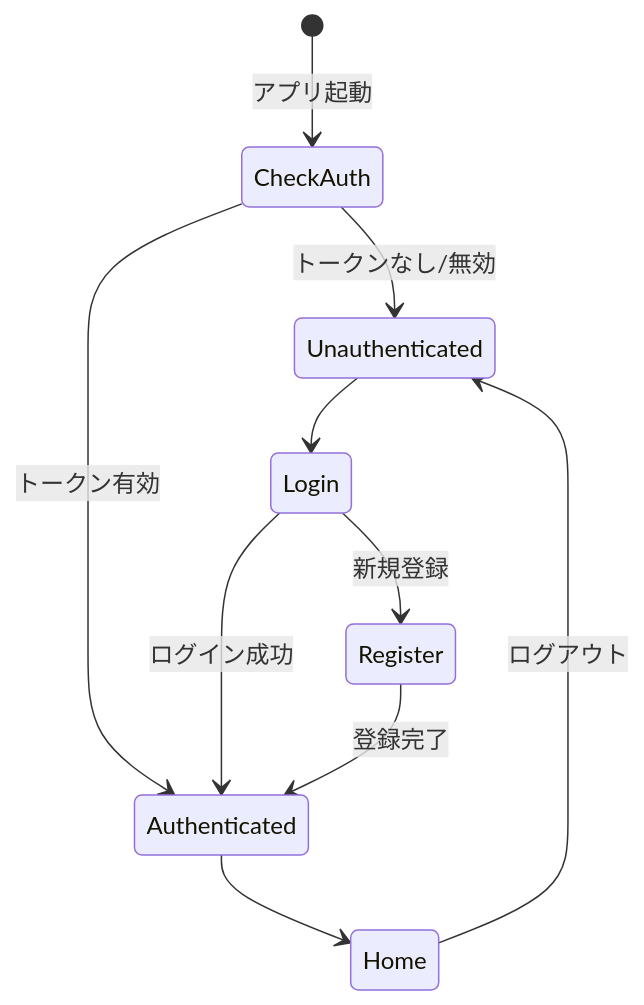
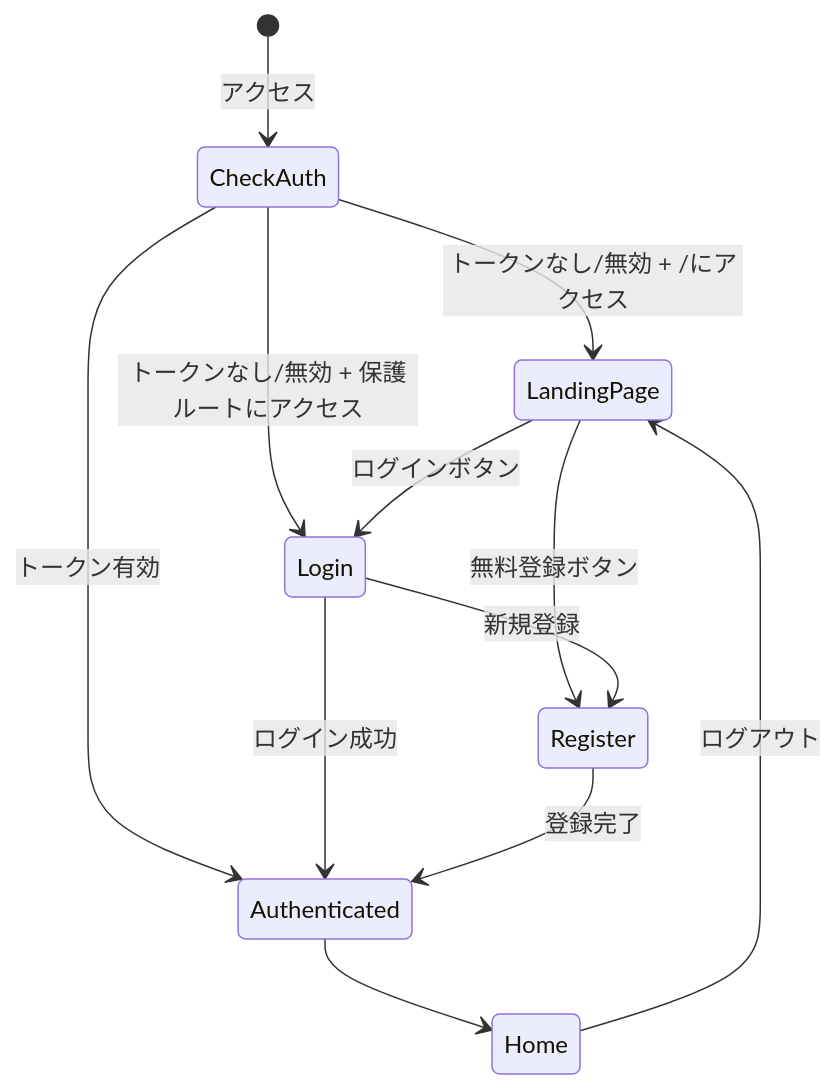
Before and after one commit to shinji-hayamizu/ReSave: the fifth of 5 diagrams in docs/screens/flow.md, drawn with Mermaid. The commit also changed other lines of this file and 23 other files, not shown here.

First line of the commit message:
feat: add landing page at / and move dashboard to /home

````diff
--- a/docs/screens/flow.md
+++ b/docs/screens/flow.md
@@ -222,15 +227,17 @@
 ```mermaid
 stateDiagram-v2
-    [*] --> CheckAuth: アプリ起動
+    [*] --> CheckAuth: アクセス
 
-    CheckAuth --> Unauthenticated: トークンなし/無効
+    CheckAuth --> LandingPage: トークンなし/無効 + /にアクセス
+    CheckAuth --> Login: トークンなし/無効 + 保護ルートにアクセス
     CheckAuth --> Authenticated: トークン有効
 
-    Unauthenticated --> Login
+    LandingPage --> Login: ログインボタン
+    LandingPage --> Register: 無料登録ボタン
     Login --> Authenticated: ログイン成功
     Login --> Register: 新規登録
     Register --> Authenticated: 登録完了
 
     Authenticated --> Home
-    Home --> Unauthenticated: ログアウト
+    Home --> LandingPage: ログアウト
 ```
````
